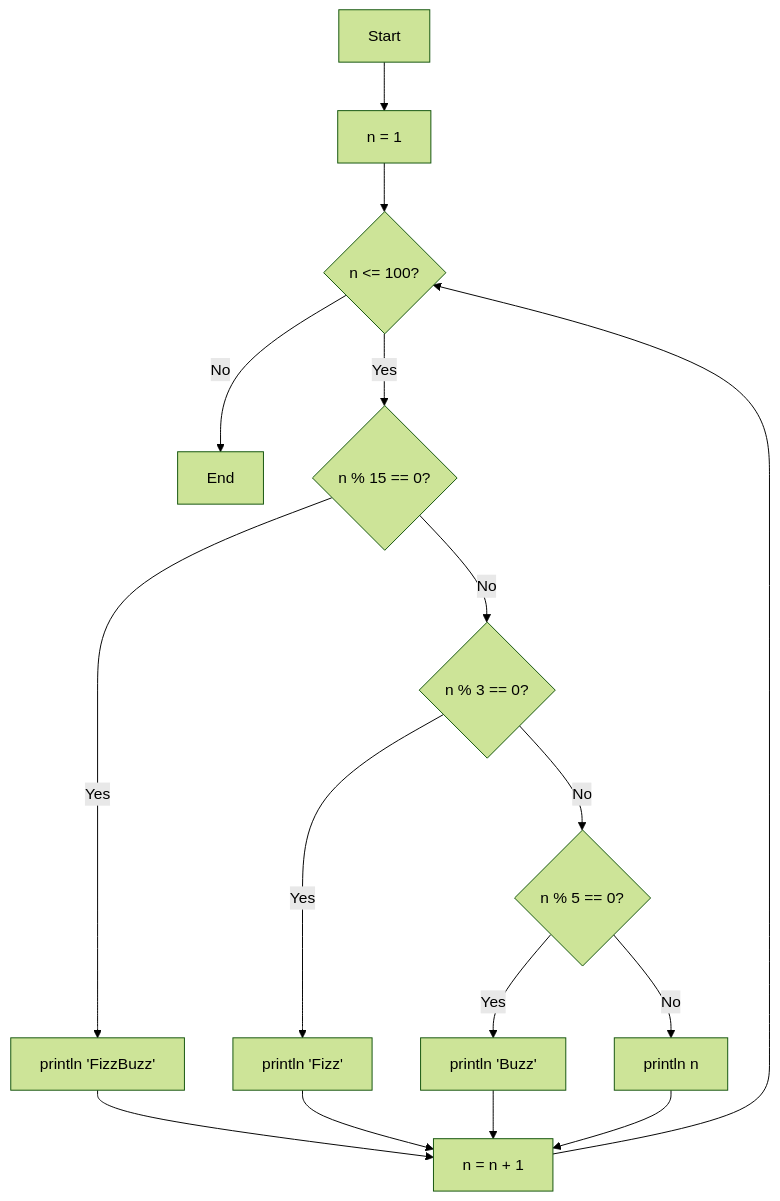
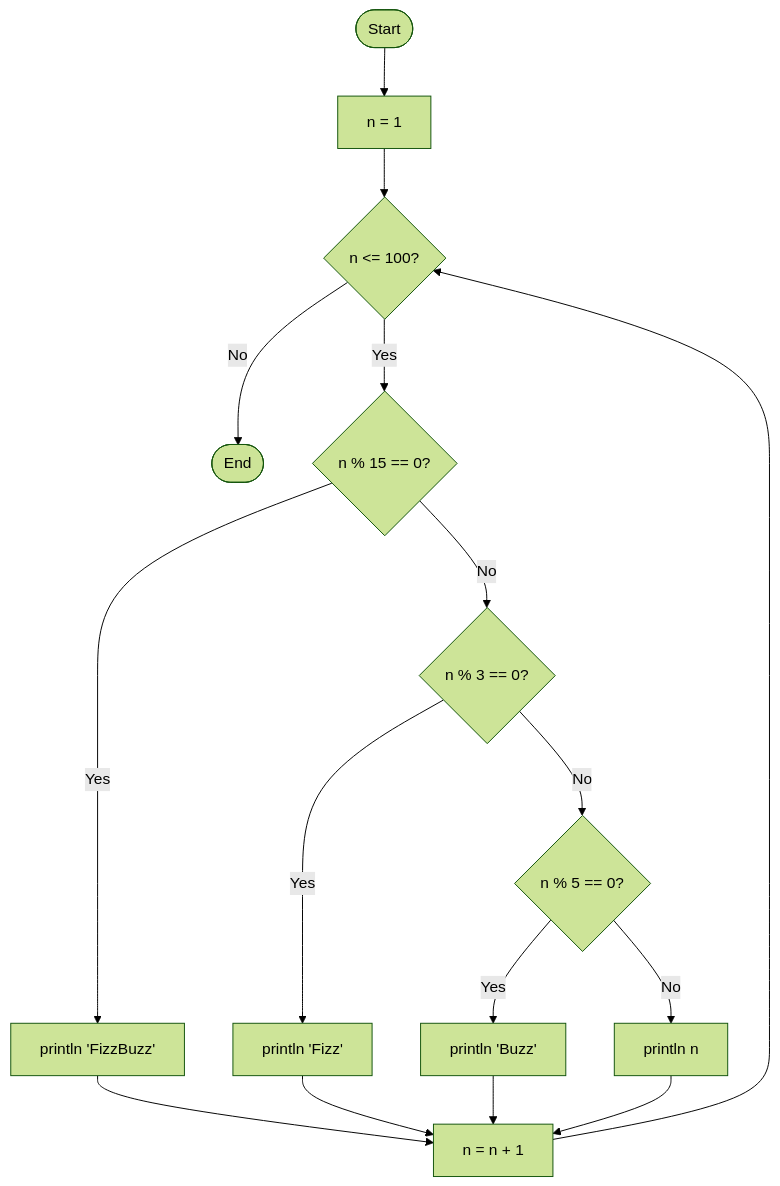
The diagram in examples/fizzbuzz.mmd (koki-develop/merx), drawn with Mermaid (forest theme) before and after one commit. The commit also changed 8 other files, not shown here.

```diff
--- a/examples/fizzbuzz.mmd
+++ b/examples/fizzbuzz.mmd
@@ -1,16 +1,16 @@
 flowchart TD
-    Start --> A[n = 1]
+    Start([Start]) --> A[n = 1]
     A --> B{n <= 100?}
-    B -->|No| End
+    B -->|No| End([End])
     B -->|Yes| C{n % 15 == 0?}
     C -->|Yes| D[println 'FizzBuzz']
     C -->|No| E{n % 3 == 0?}
     E -->|Yes| F[println 'Fizz']
     E -->|No| G{n % 5 == 0?}
     G -->|Yes| H[println 'Buzz']
     G -->|No| I[println n]
     D --> J[n = n + 1]
     F --> J
     H --> J
     I --> J
     J --> B
```
